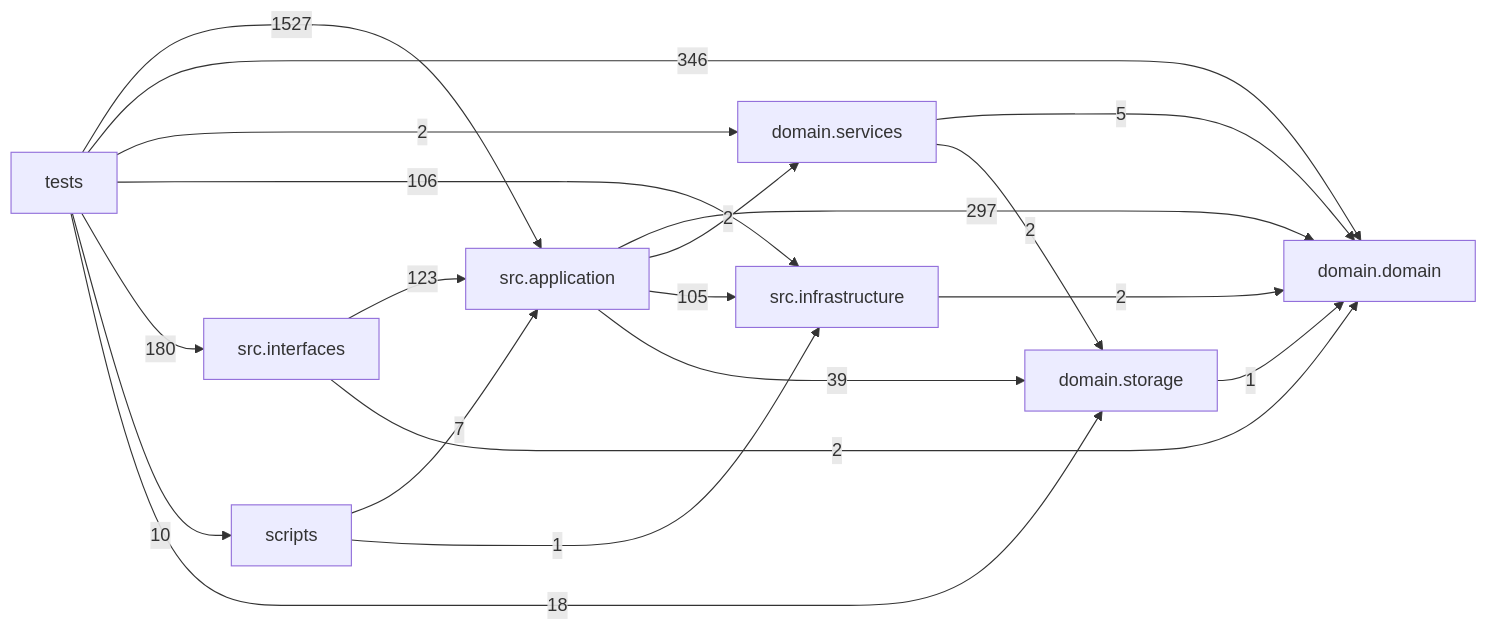
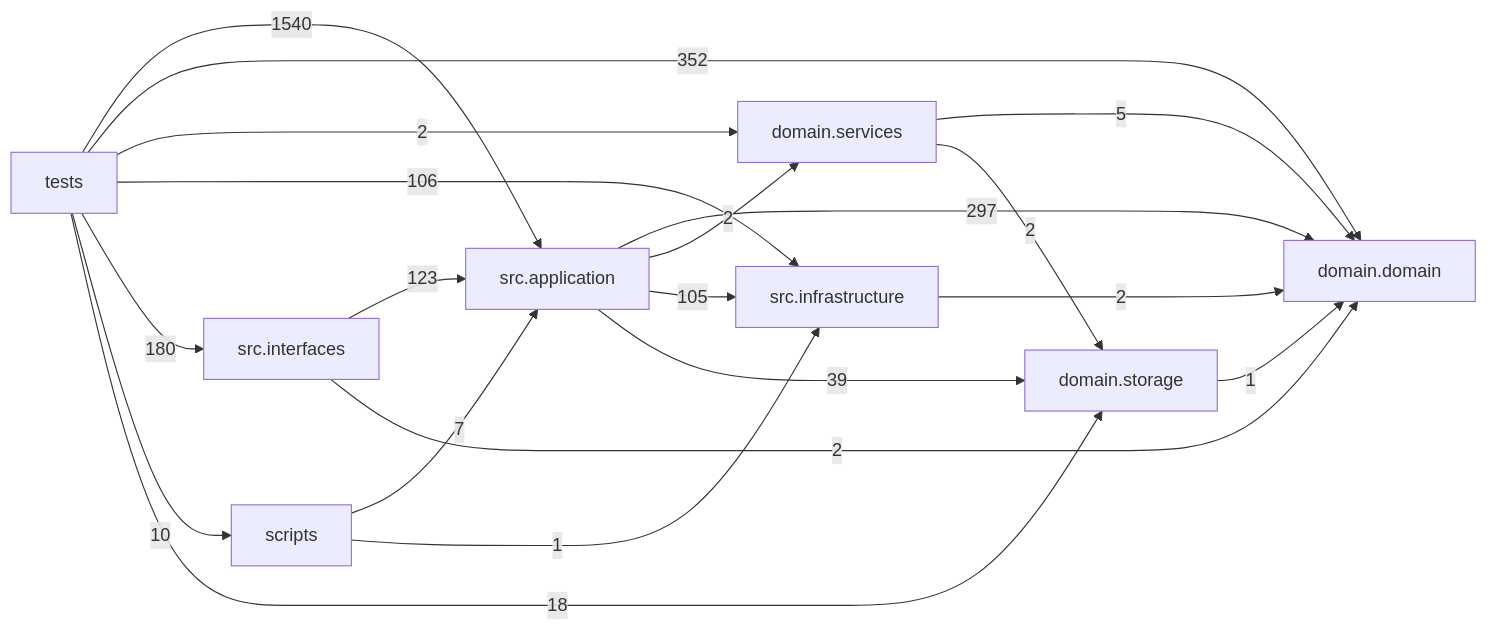
One commit to liuxie066/options-monitor changed the diagram in docs/DEPENDENCY_GRAPH.md. Above: the diagram before and after it, drawn with Mermaid. The commit also changed other lines of this file and 10 other files, not shown here.

````diff
--- a/docs/DEPENDENCY_GRAPH.md
+++ b/docs/DEPENDENCY_GRAPH.md
@@ -24,30 +24,30 @@
 ```mermaid
 flowchart LR
   tests["tests"]
   scripts["scripts"]
   interfaces["src.interfaces"]
   application["src.application"]
   infrastructure["src.infrastructure"]
   domain_services["domain.services"]
   domain["domain.domain"]
   storage["domain.storage"]
   application -->|297| domain
   application -->|2| domain_services
   application -->|105| infrastructure
   application -->|39| storage
   domain_services -->|5| domain
   domain_services -->|2| storage
   infrastructure -->|2| domain
   interfaces -->|123| application
   interfaces -->|2| domain
   scripts -->|7| application
   scripts -->|1| infrastructure
   storage -->|1| domain
-  tests -->|1527| application
-  tests -->|346| domain
+  tests -->|1540| application
+  tests -->|352| domain
   tests -->|2| domain_services
   tests -->|106| infrastructure
   tests -->|180| interfaces
   tests -->|10| scripts
   tests -->|18| storage
 ```
````
